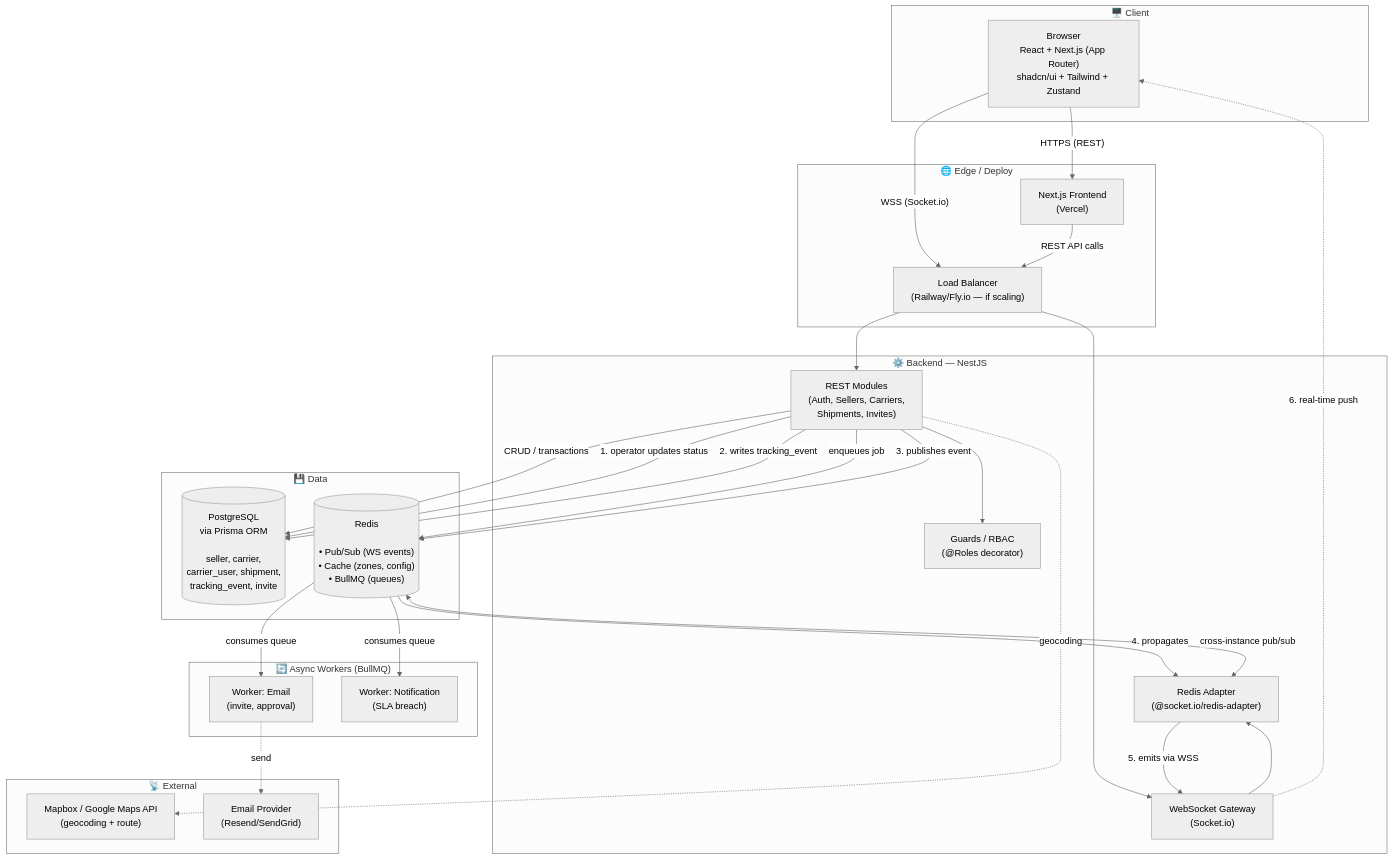
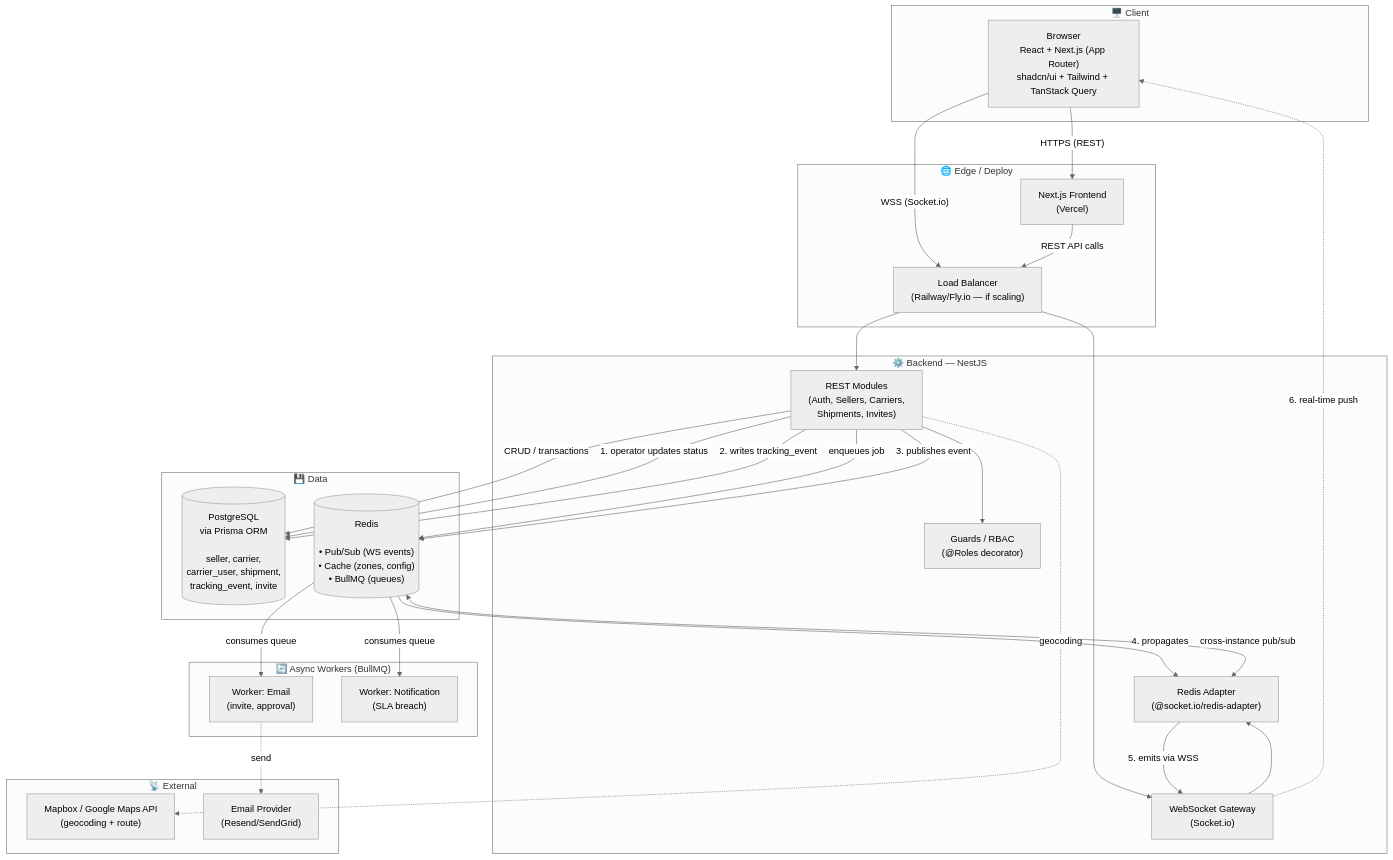
Before and after one commit to MGuerreiro42/mini-tms-logitrack: the second of 2 diagrams in DESIGN.md, drawn with Mermaid (neutral theme). The commit also changed other lines of this file and 2 other files, not shown here.

Commit message:
docs: align frontend architecture with the reworked web app

````diff
--- a/DESIGN.md
+++ b/DESIGN.md
@@ -120,59 +120,59 @@
 ```mermaid
 flowchart TB
     subgraph CLIENT["🖥️ Client"]
-        Browser["Browser<br/>React + Next.js (App Router)<br/>shadcn/ui + Tailwind + Zustand"]
+        Browser["Browser<br/>React + Next.js (App Router)<br/>shadcn/ui + Tailwind + TanStack Query"]
     end
 
     subgraph EDGE["🌐 Edge / Deploy"]
         Vercel["Next.js Frontend<br/>(Vercel)"]
         LB["Load Balancer<br/>(Railway/Fly.io — if scaling)"]
     end
 
     Browser -->|"HTTPS (REST)"| Vercel
     Browser -->|"WSS (Socket.io)"| LB
     Vercel -->|"REST API calls"| LB
 
     subgraph API["⚙️ Backend — NestJS"]
         RestModules["REST Modules<br/>(Auth, Sellers, Carriers,<br/>Shipments, Invites)"]
         Guards["Guards / RBAC<br/>(@Roles decorator)"]
         Gateway["WebSocket Gateway<br/>(Socket.io)"]
         RedisAdapter["Redis Adapter<br/>(@socket.io/redis-adapter)"]
     end
 
     LB --> RestModules
     LB --> Gateway
     RestModules --> Guards
     Gateway --> RedisAdapter
 
     subgraph DATA["💾 Data"]
         Postgres[("PostgreSQL<br/>via Prisma ORM<br/><br/>seller, carrier,<br/>carrier_user, shipment,<br/>tracking_event, invite")]
         Redis[("Redis<br/><br/>• Pub/Sub (WS events)<br/>• Cache (zones, config)<br/>• BullMQ (queues)")]
     end
 
     RestModules -->|"CRUD / transactions"| Postgres
     RestModules -->|"enqueues job"| Redis
     RedisAdapter <-->|"cross-instance pub/sub"| Redis
 
     subgraph WORKERS["🔄 Async Workers (BullMQ)"]
         EmailWorker["Worker: Email<br/>(invite, approval)"]
         NotifyWorker["Worker: Notification<br/>(SLA breach)"]
     end
 
     Redis -->|"consumes queue"| EmailWorker
     Redis -->|"consumes queue"| NotifyWorker
 
     subgraph EXTERNAL["📡 External"]
         MapAPI["Mapbox / Google Maps API<br/>(geocoding + route)"]
         EmailProvider["Email Provider<br/>(Resend/SendGrid)"]
     end
 
     RestModules -.->|"geocoding"| MapAPI
     EmailWorker -.->|"send"| EmailProvider
 
     RestModules -->|"1. operator updates status"| Postgres
     RestModules -->|"2. writes tracking_event"| Postgres
     RestModules -->|"3. publishes event"| Redis
     Redis -->|"4. propagates"| RedisAdapter
     RedisAdapter -->|"5. emits via WSS"| Gateway
     Gateway -.->|"6. real-time push"| Browser
 ```
````
